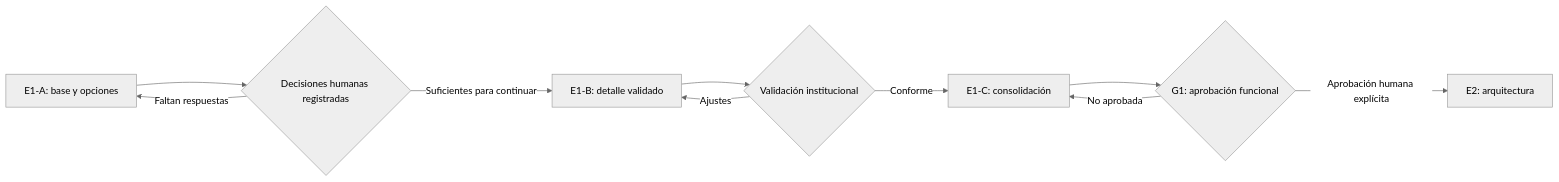
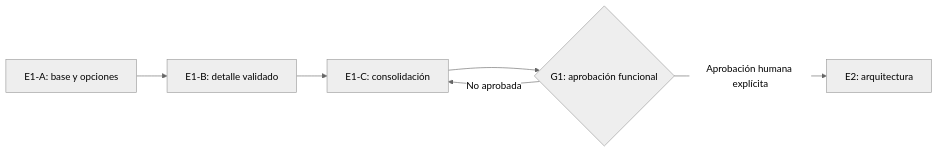
One commit to Sherydans12/Admision-Edupay changed the diagram in docs/e1/00-e1-plan-and-status.md. Above: the diagram before and after it, drawn with Mermaid (neutral theme). The commit also changed other lines of this file and 19 other files, not shown here.

````diff
--- a/docs/e1/00-e1-plan-and-status.md
+++ b/docs/e1/00-e1-plan-and-status.md
@@ -41,12 +39,8 @@
 ```mermaid
 flowchart LR
-    A["E1-A: base y opciones"] --> H1{"Decisiones humanas registradas"}
-    H1 -->|Suficientes para continuar| B["E1-B: detalle validado"]
-    H1 -->|Faltan respuestas| A
-    B --> H2{"Validación institucional"}
-    H2 -->|Ajustes| B
-    H2 -->|Conforme| C["E1-C: consolidación"]
+    A["E1-A: base y opciones"] --> B["E1-B: detalle validado"]
+    B --> C["E1-C: consolidación"]
     C --> G1{"G1: aprobación funcional"}
     G1 -->|No aprobada| C
     G1 -->|Aprobación humana explícita| E2["E2: arquitectura"]
 ```
````
